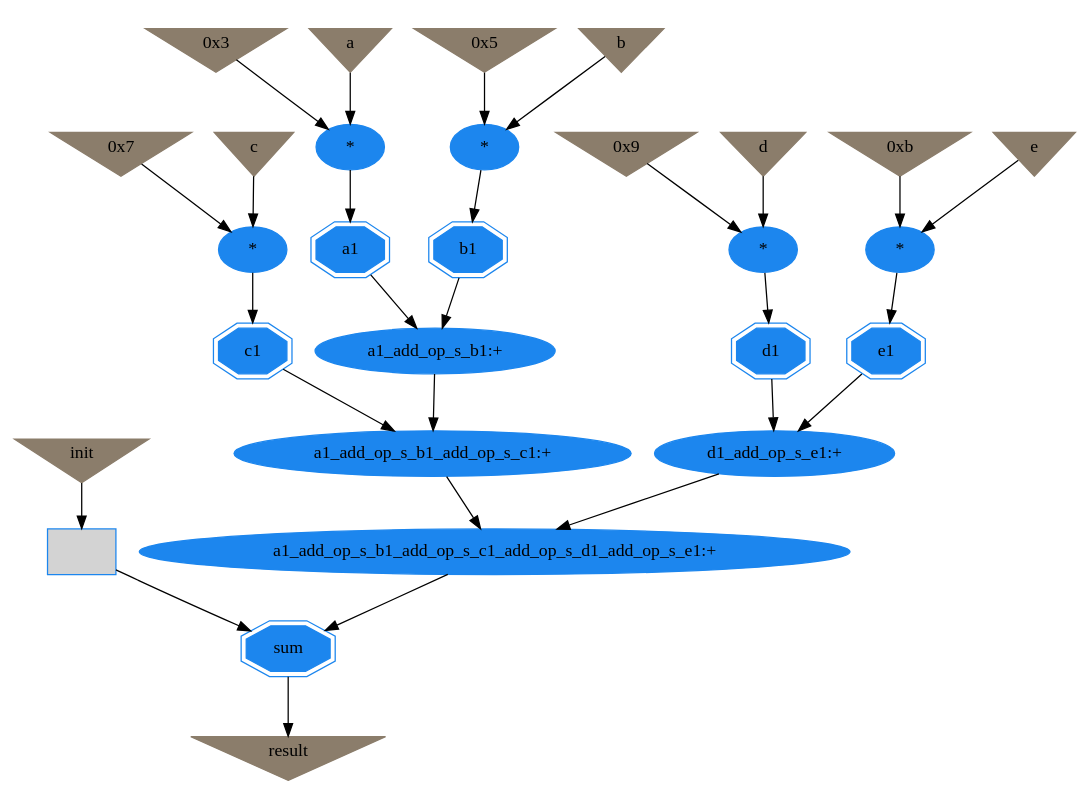
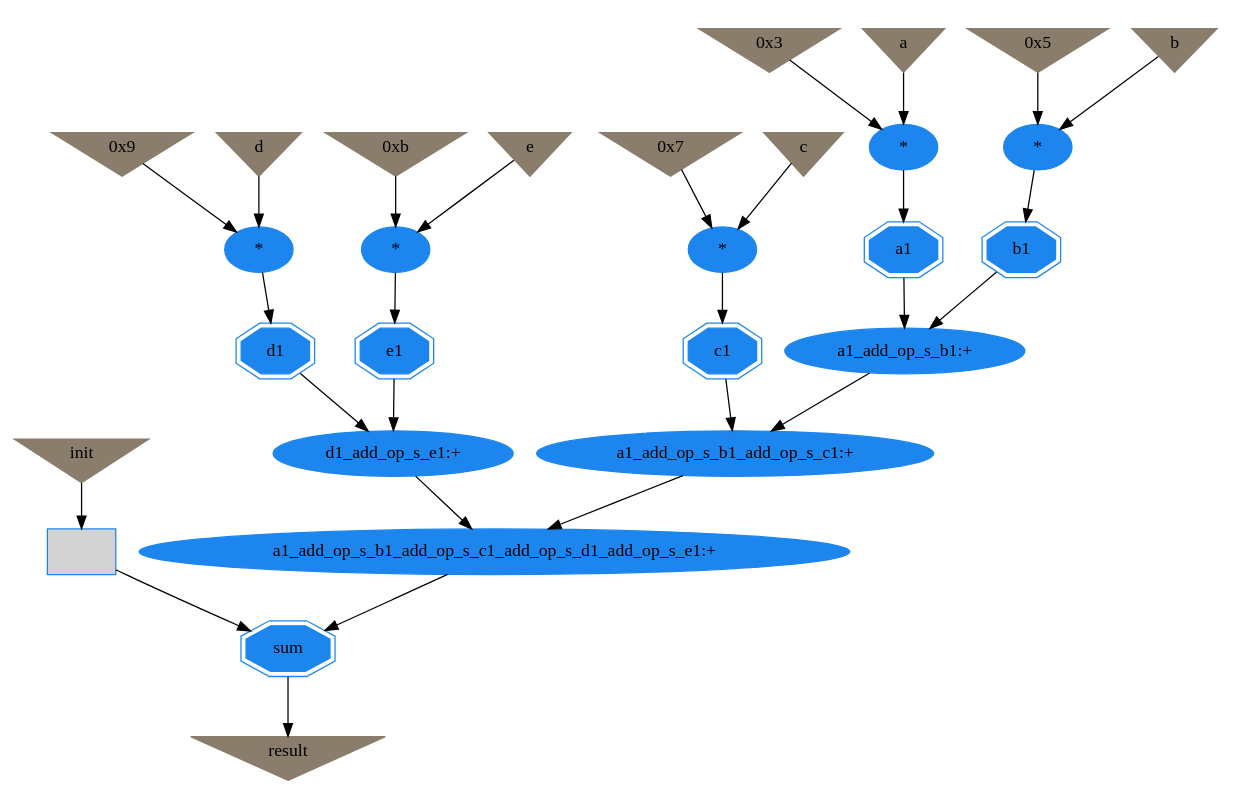
Before and after one commit to menotti/lalp: the diagram in branches/Float/trunk/src/br/ufscar/dc/lalp/examples/fir/fir_sw.dot, drawn with Graphviz. The commit also changed other lines of this file and 81 other files, not shown here.

```diff
--- a/branches/Float/trunk/src/br/ufscar/dc/lalp/examples/fir/fir_sw.dot
+++ b/branches/Float/trunk/src/br/ufscar/dc/lalp/examples/fir/fir_sw.dot
@@ -1,61 +1,61 @@
 digraph fir {
 	// Components (Nodes)
 	node [shape=ellipse, style=filled, color=dodgerblue2];
 	"result" [color=bisque4 shape=invtriangle label="result"];
 	"init_delay_op_1" [label="{}" shape=record fillcolor=lightgray  color=dodgerblue2 ];
+	"a_mult_op_s_3" [label="*"  color=dodgerblue2 ];
 	"c26" [color=bisque4 shape=invtriangle label="0x3"];
+	"e_mult_op_s_11" [label="*"  color=dodgerblue2 ];
+	"d1_add_op_s_e1" [label="d1_add_op_s_e1:+"  color=dodgerblue2 ];
 	"d1" [label="d1" shape=doubleoctagon  color=dodgerblue2 ];
 	"c_mult_op_s_7" [label="*"  color=dodgerblue2 ];
+	"c28" [color=bisque4 shape=invtriangle label="0x7"];
 	"c30" [color=bisque4 shape=invtriangle label="0xb"];
 	"c29" [color=bisque4 shape=invtriangle label="0x9"];
+	"b_mult_op_s_5" [label="*"  color=dodgerblue2 ];
 	"c27" [color=bisque4 shape=invtriangle label="0x5"];
 	"a1_add_op_s_b1_add_op_s_c1" [label="a1_add_op_s_b1_add_op_s_c1:+"  color=dodgerblue2 ];
+	"d_mult_op_s_9" [label="*"  color=dodgerblue2 ];
+	"c1" [label="c1" shape=doubleoctagon  color=dodgerblue2 ];
 	"a1_add_op_s_b1_add_op_s_c1_add_op_s_d1_add_op_s_e1" [label="a1_add_op_s_b1_add_op_s_c1_add_op_s_d1_add_op_s_e1:+"  color=dodgerblue2 ];
+	"e1" [label="e1" shape=doubleoctagon  color=dodgerblue2 ];
+	"a1_add_op_s_b1" [label="a1_add_op_s_b1:+"  color=dodgerblue2 ];
+	"a1" [label="a1" shape=doubleoctagon  color=dodgerblue2 ];
 	"sum" [label="sum" shape=doubleoctagon  color=dodgerblue2 ];
-	"a1" [label="a1" shape=doubleoctagon  color=dodgerblue2 ];
 	"init" [color=bisque4 shape=invtriangle label="init"];
 	"e" [color=bisque4 shape=invtriangle label="e"];
 	"b" [color=bisque4 shape=invtriangle label="b"];
-	"a_mult_op_s_3" [label="*"  color=dodgerblue2 ];
-	"e_mult_op_s_11" [label="*"  color=dodgerblue2 ];
-	"d1_add_op_s_e1" [label="d1_add_op_s_e1:+"  color=dodgerblue2 ];
-	"c28" [color=bisque4 shape=invtriangle label="0x7"];
-	"b_mult_op_s_5" [label="*"  color=dodgerblue2 ];
-	"c1" [label="c1" shape=doubleoctagon  color=dodgerblue2 ];
-	"d_mult_op_s_9" [label="*"  color=dodgerblue2 ];
-	"e1" [label="e1" shape=doubleoctagon  color=dodgerblue2 ];
-	"a1_add_op_s_b1" [label="a1_add_op_s_b1:+"  color=dodgerblue2 ];
+	"c" [color=bisque4 shape=invtriangle label="c"];
 	"b1" [label="b1" shape=doubleoctagon  color=dodgerblue2 ];
-	"c" [color=bisque4 shape=invtriangle label="c"];
 	"d" [color=bisque4 shape=invtriangle label="d"];
 	"a" [color=bisque4 shape=invtriangle label="a"];
 
 	// Signals (Edges)
 	"a" -> "a_mult_op_s_3"
 	"d1_add_op_s_e1" -> "a1_add_op_s_b1_add_op_s_c1_add_op_s_d1_add_op_s_e1"
 	"sum" -> "result"
 	"d_mult_op_s_9" -> "d1"
 	"a1" -> "a1_add_op_s_b1"
 	"init_delay_op_1" -> "sum"
 	"d1" -> "d1_add_op_s_e1"
 	"a1_add_op_s_b1_add_op_s_c1" -> "a1_add_op_s_b1_add_op_s_c1_add_op_s_d1_add_op_s_e1"
 	"init" -> "init_delay_op_1":input
 	"d" -> "d_mult_op_s_9"
 	"c28" -> "c_mult_op_s_7"
 	"b_mult_op_s_5" -> "b1"
 	"b" -> "b_mult_op_s_5"
 	"c26" -> "a_mult_op_s_3"
 	"c30" -> "e_mult_op_s_11"
 	"a1_add_op_s_b1" -> "a1_add_op_s_b1_add_op_s_c1"
 	"e1" -> "d1_add_op_s_e1"
 	"a1_add_op_s_b1_add_op_s_c1_add_op_s_d1_add_op_s_e1" -> "sum"
 	"e_mult_op_s_11" -> "e1"
 	"c29" -> "d_mult_op_s_9"
 	"b1" -> "a1_add_op_s_b1"
 	"e" -> "e_mult_op_s_11"
 	"c1" -> "a1_add_op_s_b1_add_op_s_c1"
 	"c_mult_op_s_7" -> "c1"
 	"c" -> "c_mult_op_s_7"
 	"c27" -> "b_mult_op_s_5"
 	"a_mult_op_s_3" -> "a1"
 }
```
